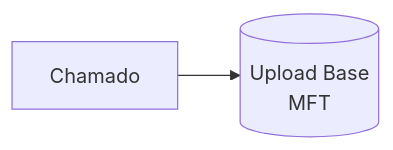
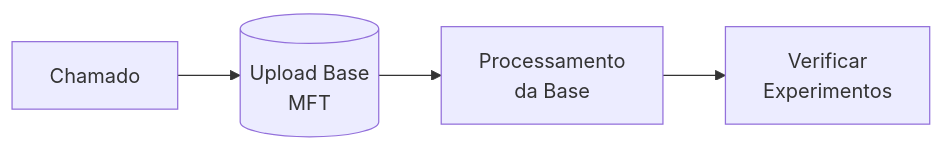
The diagram in Processos/Enriquecimento de Bases.md (JoaoCardoso-neuro/notes), drawn with Mermaid before and after one commit. The commit also changed other lines of this file and 15 other files, not shown here.

````diff
--- a/Processos/Enriquecimento de Bases.md
+++ b/Processos/Enriquecimento de Bases.md
@@ -36,8 +42,12 @@
 ```mermaid
 %%{init: {"flowchart": {"htmlLabels": false}} }%% 
 flowchart LR 
 	markdown["Chamado"]
 	newLines[("Upload Base 
 	MFT")]
-	markdown --> newLines
+	id1["Processamento 
+	da Base"]
+	id2["Verificar
+	Experimentos"]
+	markdown --> newLines --> id1 --> id2
 ```
````
